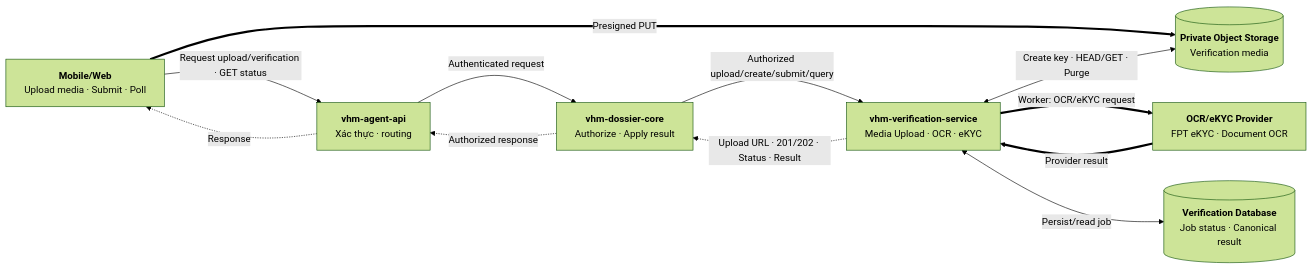
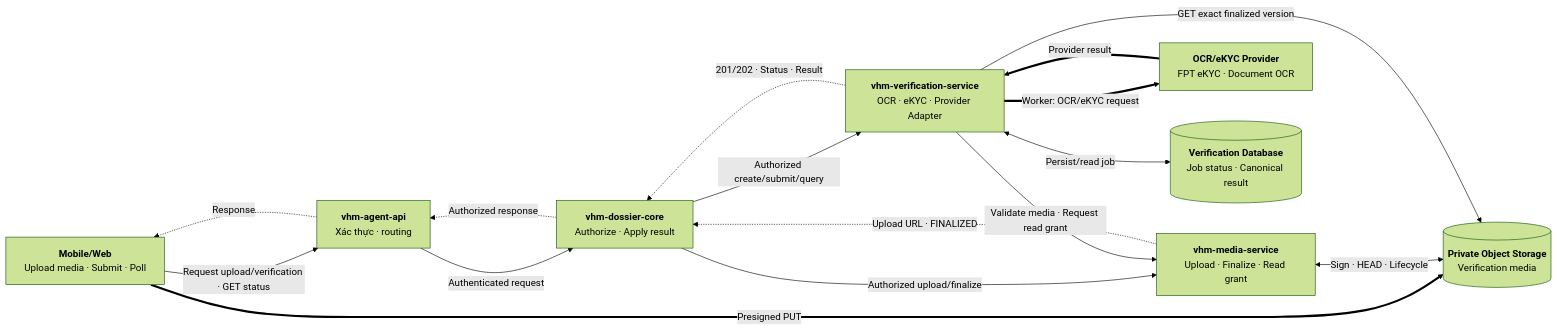
The first of 8 diagrams in noxh.md (huynv-xyz/vhm), drawn with Mermaid (forest theme) before and after one commit. The commit also changed other lines of this file, not shown here.

````diff
--- a/noxh.md
+++ b/noxh.md
@@ -72,31 +75,37 @@
 ```mermaid
 flowchart LR
     CLIENT["`**Mobile/Web**
 Upload media · Submit · Poll`"]
     BFF["`**vhm-agent-api**
 Xác thực · routing`"]
     DOSSIER["`**vhm-dossier-core**
 Authorize · Apply result`"]
+    MEDIA_SERVICE["`**vhm-media-service**
+Upload · Finalize · Read grant`"]
     VERIFY["`**vhm-verification-service**
-Media Upload · OCR · eKYC`"]
+OCR · eKYC · Provider Adapter`"]
     MEDIA[("`**Private Object Storage**
 Verification media`")]
     PROVIDER["`**OCR/eKYC Provider**
 FPT eKYC · Document OCR`"]
     DB[("`**Verification Database**
 Job status · Canonical result`")]
 
     CLIENT -->|"Request upload/verification · GET status"| BFF
     BFF -->|"Authenticated request"| DOSSIER
-    DOSSIER -->|"Authorized upload/create/submit/query"| VERIFY
+    DOSSIER -->|"Authorized upload/finalize"| MEDIA_SERVICE
+    DOSSIER -->|"Authorized create/submit/query"| VERIFY
 
     CLIENT ==>|"Presigned PUT"| MEDIA
-    VERIFY <-->|"Create key · HEAD/GET · Purge"| MEDIA
+    MEDIA_SERVICE <-->|"Sign · HEAD · Lifecycle"| MEDIA
+    VERIFY -->|"Validate media · Request read grant"| MEDIA_SERVICE
+    VERIFY -->|"GET exact finalized version"| MEDIA
     VERIFY ==>|"Worker: OCR/eKYC request"| PROVIDER
     PROVIDER ==>|"Provider result"| VERIFY
     VERIFY <-->|"Persist/read job"| DB
 
-    VERIFY -.->|"Upload URL · 201/202 · Status · Result"| DOSSIER
+    MEDIA_SERVICE -.->|"Upload URL · FINALIZED"| DOSSIER
+    VERIFY -.->|"201/202 · Status · Result"| DOSSIER
     DOSSIER -.->|"Authorized response"| BFF
     BFF -.->|"Response"| CLIENT
 ```
````
